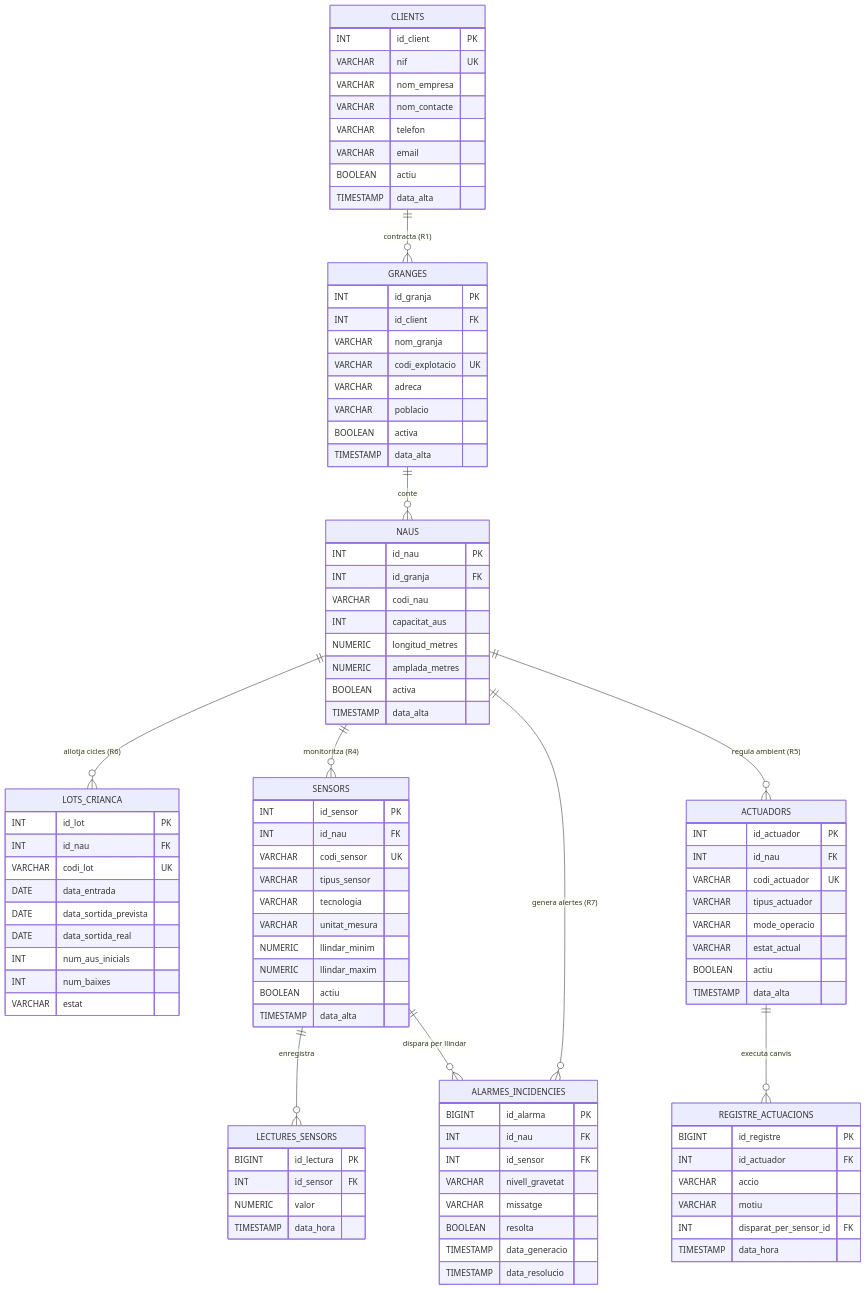
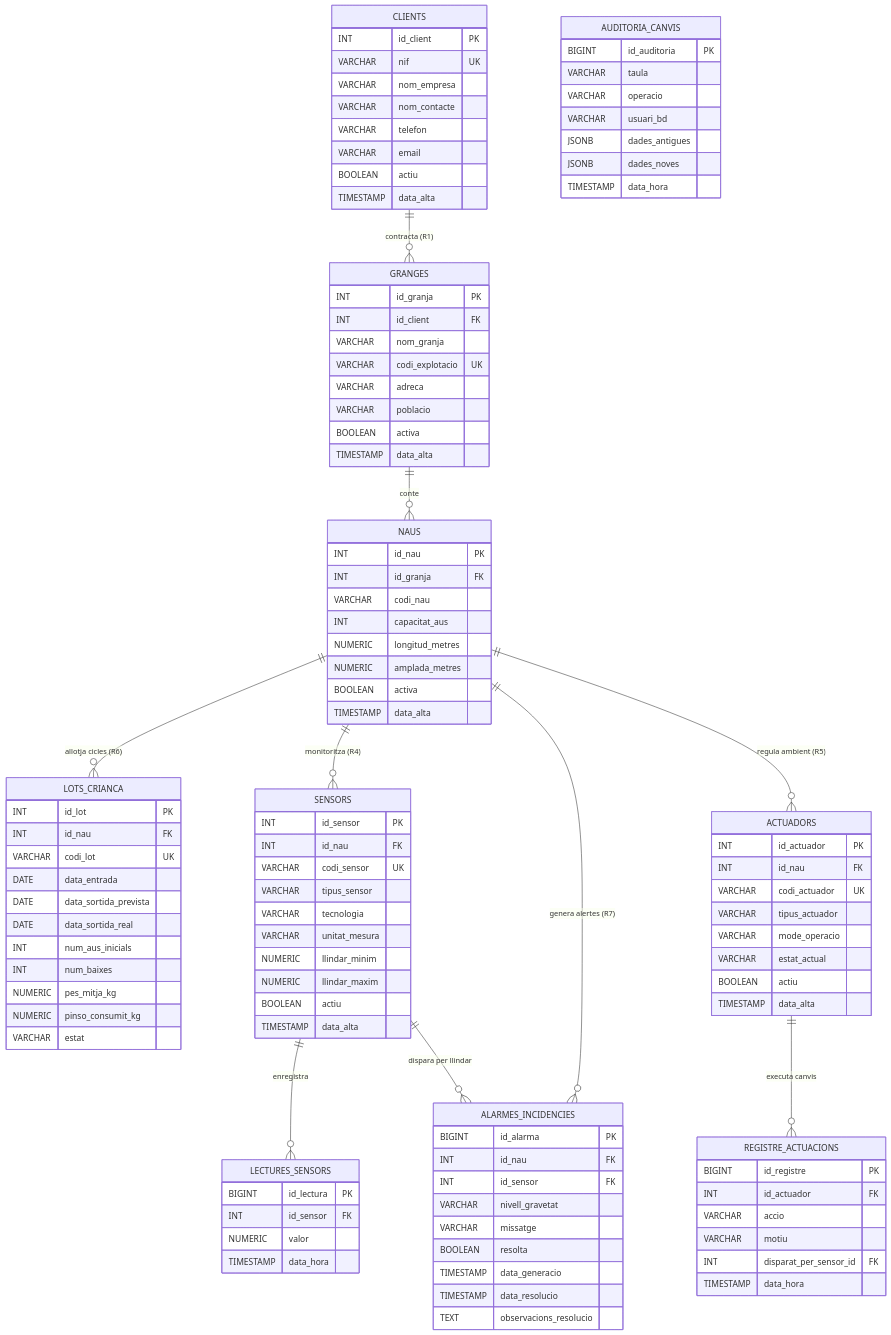
One commit to JoanGarcia25/avigest-projecte changed the diagram in bd/model-er/model_er.md. Above: the diagram before and after it, drawn with Mermaid. The commit also changed other lines of this file and 28 other files, not shown here.

````diff
--- a/bd/model-er/model_er.md
+++ b/bd/model-er/model_er.md
@@ -60,6 +60,8 @@
         DATE data_sortida_real
         INT num_aus_inicials
         INT num_baixes
+        NUMERIC pes_mitja_kg
+        NUMERIC pinso_consumit_kg
         VARCHAR estat
     }
 
@@ -112,5 +114,16 @@
         BOOLEAN resolta
         TIMESTAMP data_generacio
         TIMESTAMP data_resolucio
+        TEXT observacions_resolucio
+    }
+
+    AUDITORIA_CANVIS {
+        BIGINT id_auditoria PK
+        VARCHAR taula
+        VARCHAR operacio
+        VARCHAR usuari_bd
+        JSONB dades_antigues
+        JSONB dades_noves
+        TIMESTAMP data_hora
     }
 ```
````
